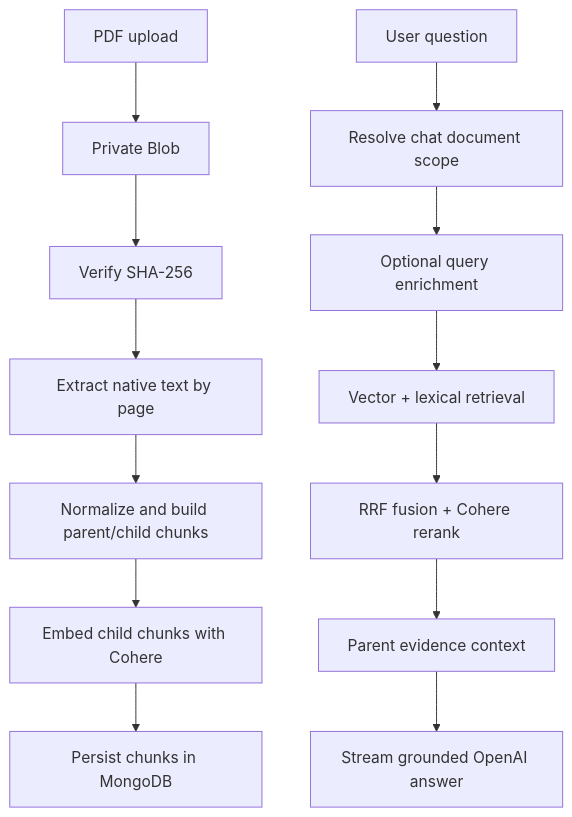
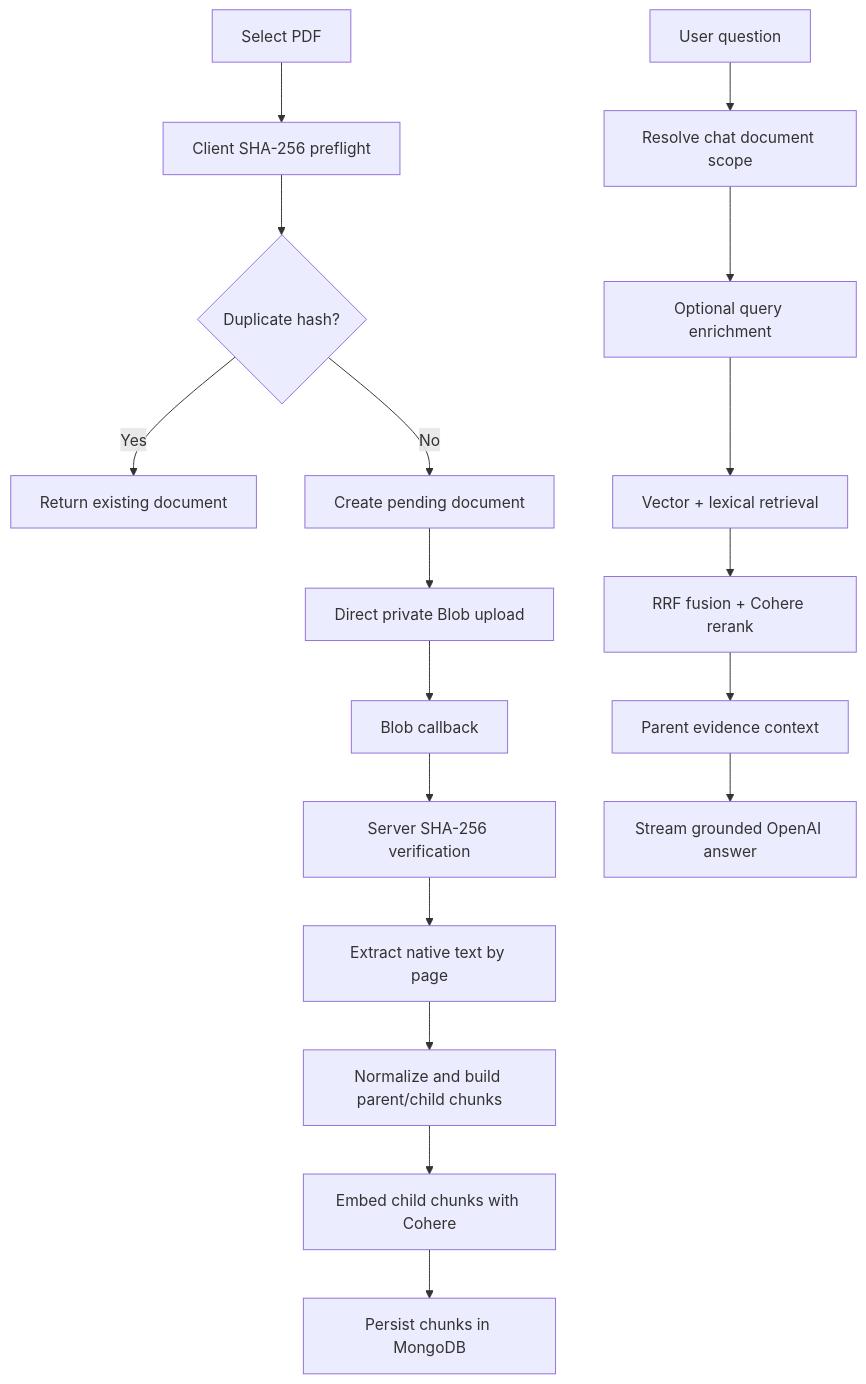
One commit to artsnil01-cmyk/DocChat changed the diagram in README.md. Above: the diagram before and after it, drawn with Mermaid. The commit also changed other lines of this file, not shown here.

Commit message:
docs: clarify upload verification flow

````diff
--- a/README.md
+++ b/README.md
@@ -34,15 +34,20 @@
 ```mermaid
 flowchart TD
-  A["PDF upload"] --> B["Private Blob"]
-  B --> C["Verify SHA-256"]
-  C --> D["Extract native text by page"]
-  D --> E["Normalize and build parent/child chunks"]
-  E --> F["Embed child chunks with Cohere"]
-  F --> G["Persist chunks in MongoDB"]
-  H["User question"] --> I["Resolve chat document scope"]
-  I --> J["Optional query enrichment"]
-  J --> K["Vector + lexical retrieval"]
-  K --> L["RRF fusion + Cohere rerank"]
-  L --> M["Parent evidence context"]
-  M --> N["Stream grounded OpenAI answer"]
+  U1["Select PDF"] --> U2["Client SHA-256 preflight"]
+  U2 --> U3{"Duplicate hash?"}
+  U3 -->|Yes| U4["Return existing document"]
+  U3 -->|No| U5["Create pending document"]
+  U5 --> U6["Direct private Blob upload"]
+  U6 --> U7["Blob callback"]
+  U7 --> U8["Server SHA-256 verification"]
+  U8 --> U9["Extract native text by page"]
+  U9 --> U10["Normalize and build parent/child chunks"]
+  U10 --> U11["Embed child chunks with Cohere"]
+  U11 --> U12["Persist chunks in MongoDB"]
+  Q1["User question"] --> Q2["Resolve chat document scope"]
+  Q2 --> Q3["Optional query enrichment"]
+  Q3 --> Q4["Vector + lexical retrieval"]
+  Q4 --> Q5["RRF fusion + Cohere rerank"]
+  Q5 --> Q6["Parent evidence context"]
+  Q6 --> Q7["Stream grounded OpenAI answer"]
 ```
````
